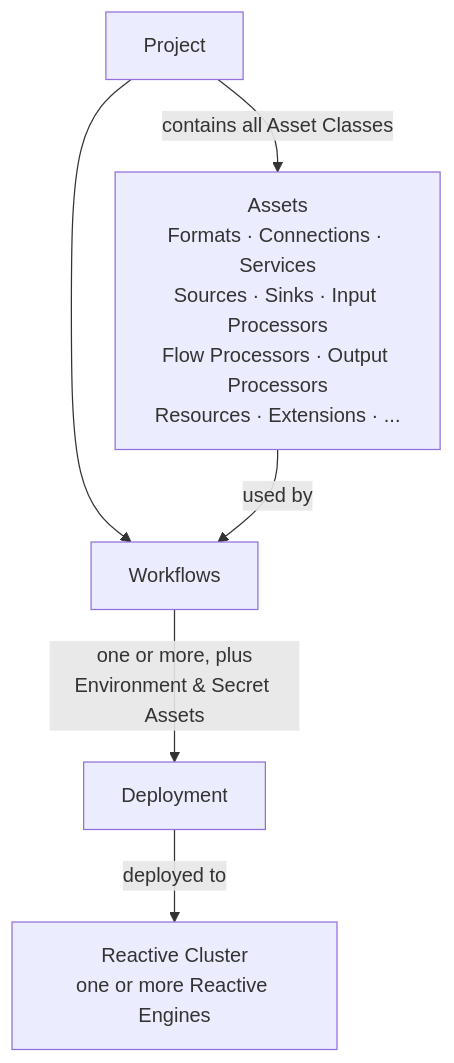
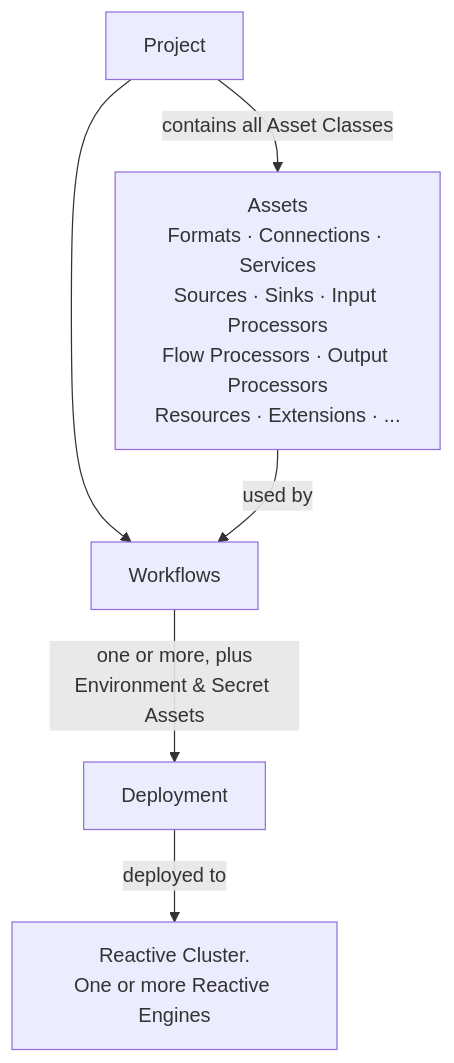
Before and after one commit to layline-io/layline-doc: the second of 2 diagrams in docs/01-quickstart/02-core-concepts.md, drawn with Mermaid. The commit also changed other lines of this file, not shown here.

Commit message:
docs: remove stale notes from core-concepts per PR #32 review
- Remove 'Workflows cannot currently be run in dependency chains' note
- Remove 'Terminology note' about Format vs Layout/Schema naming

````diff
--- a/docs/01-quickstart/02-core-concepts.md
+++ b/docs/01-quickstart/02-core-concepts.md
@@ -122,9 +120,9 @@
 ```mermaid
 graph TD
     P[Project]
     P -->|contains all Asset Classes| A[Assets<br/>Formats · Connections · Services<br/>Sources · Sinks · Input Processors<br/>Flow Processors · Output Processors<br/>Resources · Extensions · ...]
     P --> W[Workflows]
     A -->|used by| W
     W -->|one or more, plus<br/>Environment &amp; Secret Assets| D[Deployment]
-    D -->|deployed to| RC[Reactive Cluster<br/>one or more Reactive Engines]
+    D -->|deployed to| RC[Reactive Cluster.<br/>One or more Reactive Engines]
 ```
````
